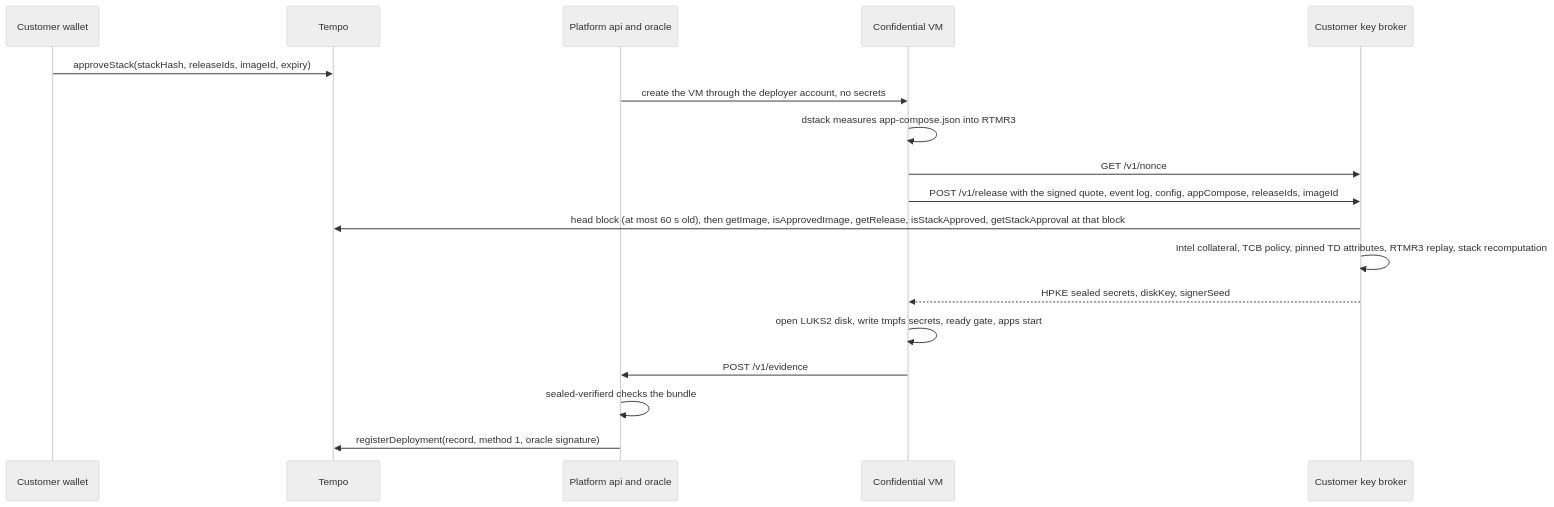
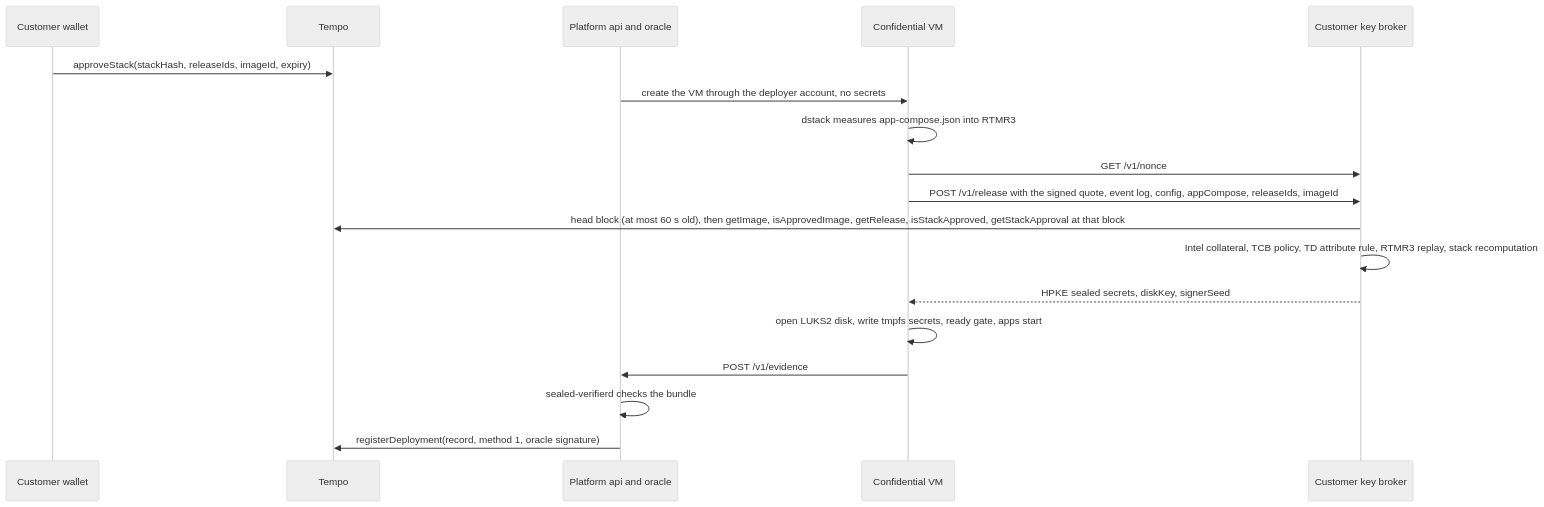
One commit to sealedtempo/sealed changed the second of 3 diagrams in docs/ARCHITECTURE.md. Above: the diagram before and after it, drawn with Mermaid (neutral theme). The commit also changed other lines of this file and 3 other files, not shown here.

````diff
--- a/docs/ARCHITECTURE.md
+++ b/docs/ARCHITECTURE.md
@@ -129,20 +129,20 @@
 ```mermaid
 sequenceDiagram
   participant W as Customer wallet
   participant T as Tempo
   participant P as Platform api and oracle
   participant V as Confidential VM
   participant K as Customer key broker
   W->>T: approveStack(stackHash, releaseIds, imageId, expiry)
   P->>V: create the VM through the deployer account, no secrets
   V->>V: dstack measures app-compose.json into RTMR3
   V->>K: GET /v1/nonce
   V->>K: POST /v1/release with the signed quote, event log, config, appCompose, releaseIds, imageId
   K->>T: head block (at most 60 s old), then getImage, isApprovedImage, getRelease, isStackApproved, getStackApproval at that block
-  K->>K: Intel collateral, TCB policy, pinned TD attributes, RTMR3 replay, stack recomputation
+  K->>K: Intel collateral, TCB policy, TD attribute rule, RTMR3 replay, stack recomputation
   K-->>V: HPKE sealed secrets, diskKey, signerSeed
   V->>V: open LUKS2 disk, write tmpfs secrets, ready gate, apps start
   V->>P: POST /v1/evidence
   P->>P: sealed-verifierd checks the bundle
   P->>T: registerDeployment(record, method 1, oracle signature)
 ```
````
